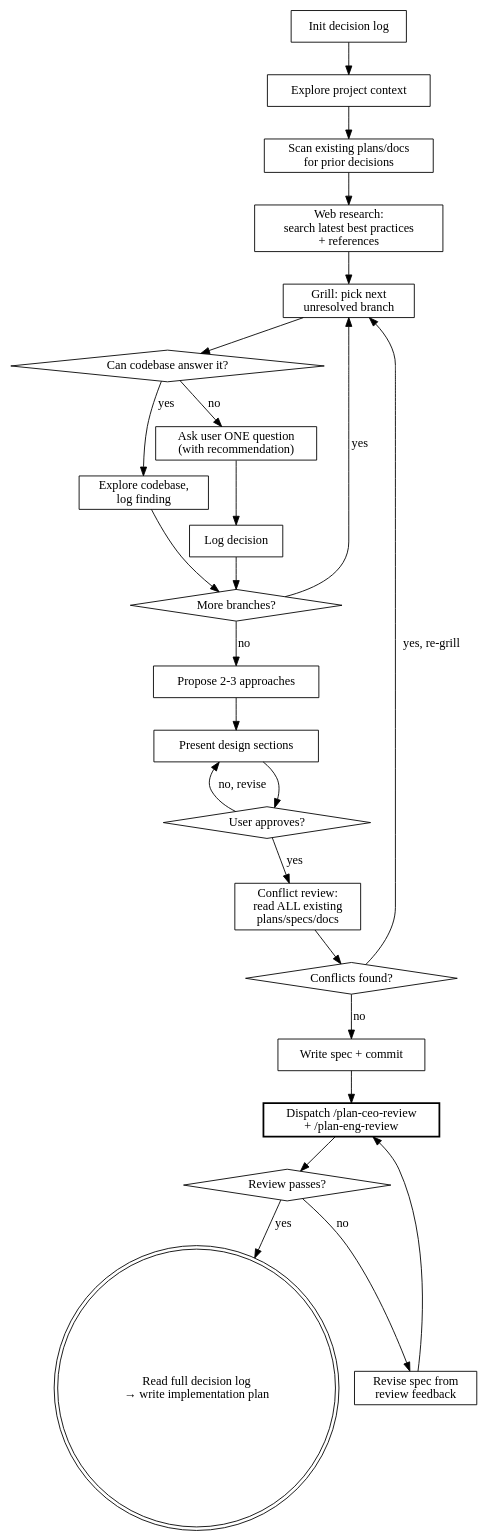
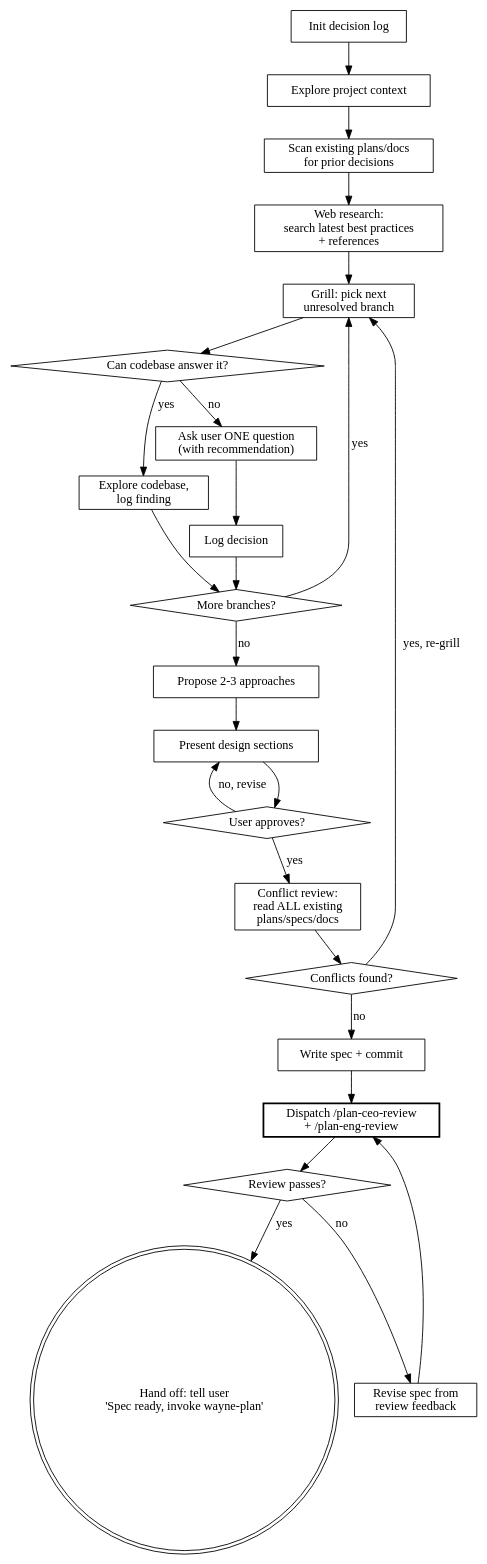
One commit to waynejing995/wayne-taste changed the diagram in wayne-mind-explode/SKILL.md. Above: the diagram before and after it, drawn with Graphviz. The commit also changed other lines of this file, not shown here.

First line of the commit message:
feat:/wayne-mind-explode - cybernetics mandatory + delegate plan to wayne-plan

````diff
--- a/wayne-mind-explode/SKILL.md
+++ b/wayne-mind-explode/SKILL.md
@@ -79,51 +82,51 @@
 ```dot
 digraph brainstorming {
     rankdir=TB;
 
     "Init decision log" [shape=box];
     "Explore project context" [shape=box];
     "Scan existing plans/docs\nfor prior decisions" [shape=box];
     "Grill: pick next\nunresolved branch" [shape=box];
     "Can codebase answer it?" [shape=diamond];
     "Explore codebase,\nlog finding" [shape=box];
     "Ask user ONE question\n(with recommendation)" [shape=box];
     "Log decision" [shape=box];
     "More branches?" [shape=diamond];
     "Propose 2-3 approaches" [shape=box];
     "Present design sections" [shape=box];
     "User approves?" [shape=diamond];
     "Conflict review:\nread ALL existing\nplans/specs/docs" [shape=box];
     "Conflicts found?" [shape=diamond];
     "Write spec + commit" [shape=box];
     "Dispatch /plan-ceo-review\n+ /plan-eng-review" [shape=box, style=bold];
     "Review passes?" [shape=diamond];
     "Revise spec from\nreview feedback" [shape=box];
-    "Read full decision log\n→ write implementation plan" [shape=doublecircle];
+    "Hand off: tell user\n'Spec ready, invoke wayne-plan'" [shape=doublecircle];
 
     "Web research:\nsearch latest best practices\n+ references" [shape=box];
 
     "Init decision log" -> "Explore project context";
     "Explore project context" -> "Scan existing plans/docs\nfor prior decisions";
     "Scan existing plans/docs\nfor prior decisions" -> "Web research:\nsearch latest best practices\n+ references";
     "Web research:\nsearch latest best practices\n+ references" -> "Grill: pick next\nunresolved branch";
     "Grill: pick next\nunresolved branch" -> "Can codebase answer it?";
     "Can codebase answer it?" -> "Explore codebase,\nlog finding" [label="yes"];
     "Can codebase answer it?" -> "Ask user ONE question\n(with recommendation)" [label="no"];
     "Explore codebase,\nlog finding" -> "More branches?";
     "Ask user ONE question\n(with recommendation)" -> "Log decision" -> "More branches?";
     "More branches?" -> "Grill: pick next\nunresolved branch" [label="yes"];
     "More branches?" -> "Propose 2-3 approaches" [label="no"];
     "Propose 2-3 approaches" -> "Present design sections";
     "Present design sections" -> "User approves?";
     "User approves?" -> "Present design sections" [label="no, revise"];
     "User approves?" -> "Conflict review:\nread ALL existing\nplans/specs/docs" [label="yes"];
     "Conflict review:\nread ALL existing\nplans/specs/docs" -> "Conflicts found?";
     "Conflicts found?" -> "Grill: pick next\nunresolved branch" [label="yes, re-grill"];
     "Conflicts found?" -> "Write spec + commit" [label="no"];
     "Write spec + commit" -> "Dispatch /plan-ceo-review\n+ /plan-eng-review";
     "Dispatch /plan-ceo-review\n+ /plan-eng-review" -> "Review passes?";
-    "Review passes?" -> "Read full decision log\n→ write implementation plan" [label="yes"];
+    "Review passes?" -> "Hand off: tell user\n'Spec ready, invoke wayne-plan'" [label="yes"];
     "Review passes?" -> "Revise spec from\nreview feedback" [label="no"];
     "Revise spec from\nreview feedback" -> "Dispatch /plan-ceo-review\n+ /plan-eng-review";
 }
 ```
````
